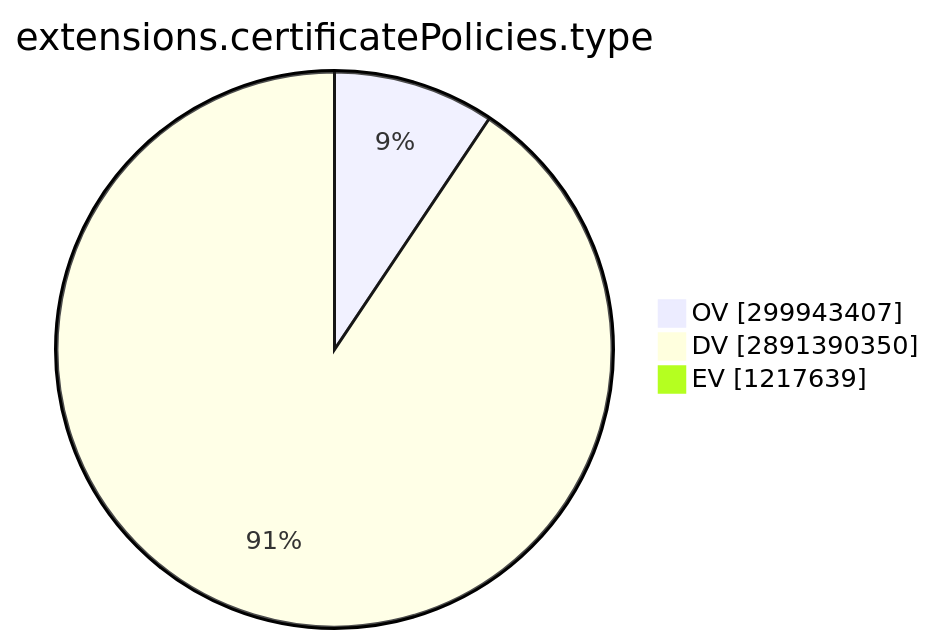
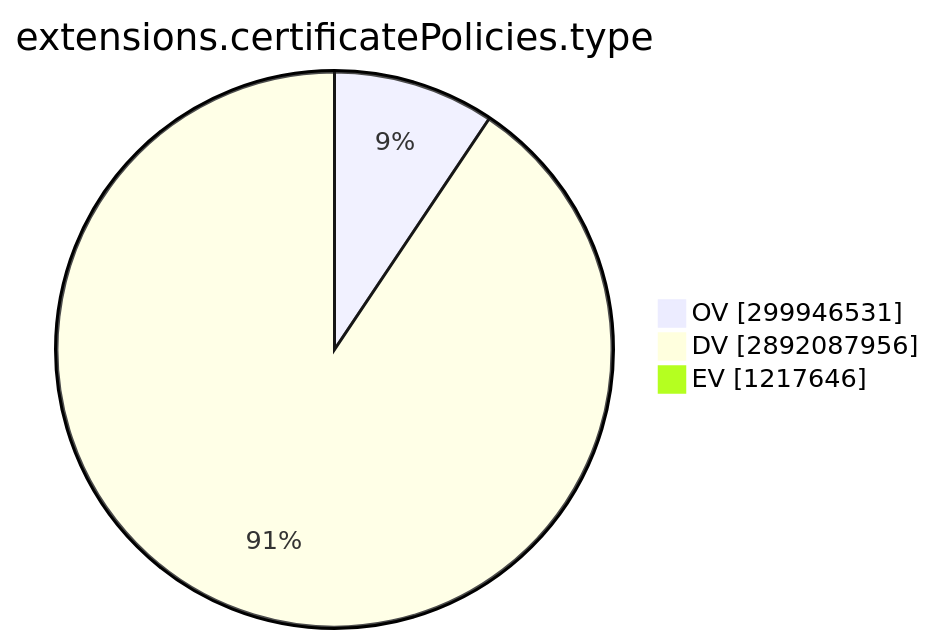
The ninth of 15 diagrams in TOTAL/README.md (christiankrug/ctmonitor_visualization), drawn with Mermaid before and after one commit. The commit also changed other lines of this file, not shown here.

````diff
--- a/TOTAL/README.md
+++ b/TOTAL/README.md
@@ -3101,7 +3101,7 @@
 ```mermaid
 pie showData
 title extensions.certificatePolicies.type
-"OV" :299943407
-"DV" :2891390350
-"EV" :1217639
+"OV" :299946531
+"DV" :2892087956
+"EV" :1217646
 ```
````
